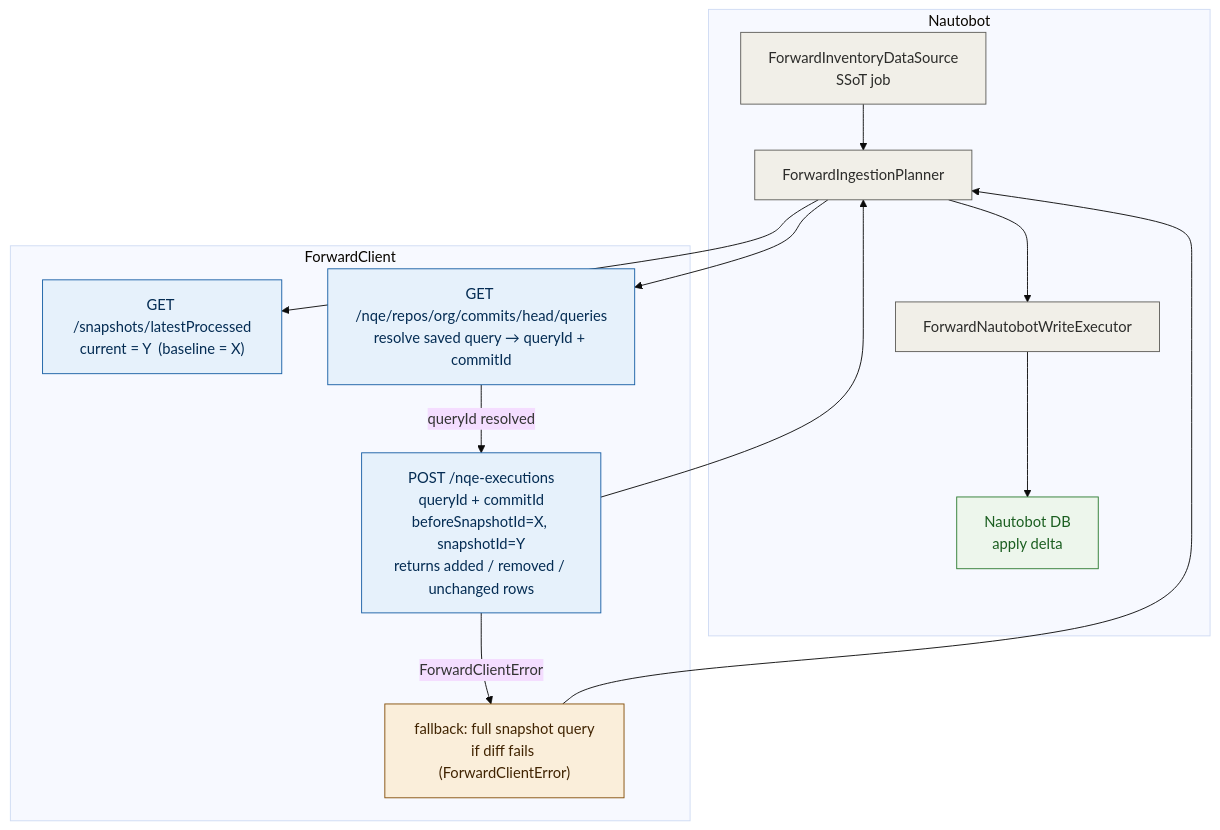
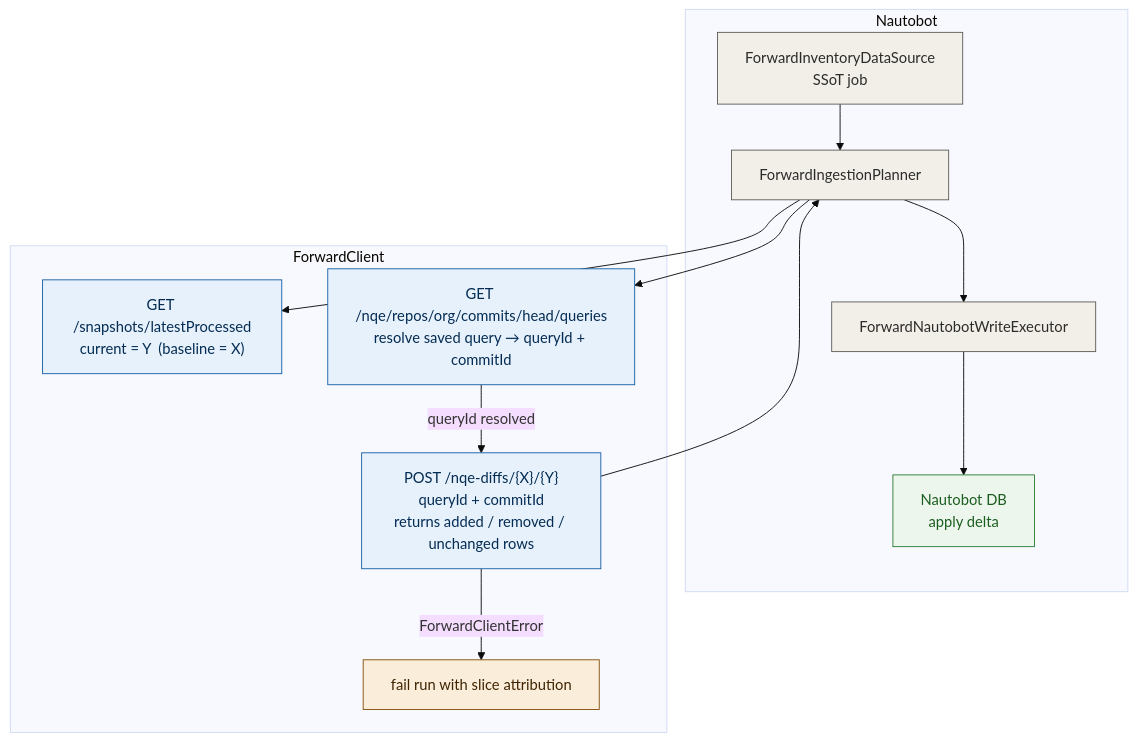
One commit to forwardnetworks/nautobot-app-ssot-forward changed the third of 5 diagrams in docs/architecture-flow.md. Above: the diagram before and after it, drawn with Mermaid (base theme). The commit also changed other lines of this file and 15 other files, not shown here.

````diff
--- a/docs/architecture-flow.md
+++ b/docs/architecture-flow.md
@@ -120,36 +121,35 @@
 ```mermaid
 flowchart TB
     subgraph nautobot["Nautobot"]
         job["ForwardInventoryDataSource\nSSoT job"]
         planner["ForwardIngestionPlanner"]
         executor["ForwardNautobotWriteExecutor"]
         db["Nautobot DB\napply delta"]
     end
 
     subgraph client["ForwardClient"]
         resolve_snap["GET /snapshots/latestProcessed\ncurrent = Y  (baseline = X)"]
         prewarm["GET /nqe/repos/org/commits/head/queries\nresolve saved query → queryId + commitId"]
-        diff["POST /nqe-executions\nqueryId + commitId\nbeforeSnapshotId=X, snapshotId=Y\nreturns added / removed / unchanged rows"]
-        fallback["fallback: full snapshot query\nif diff fails (ForwardClientError)"]
+        diff["POST /nqe-diffs/{X}/{Y}\nqueryId + commitId\nreturns added / removed / unchanged rows"]
+        fail["fail run with slice attribution"]
     end
 
     job --> planner
     planner --> resolve_snap
     planner --> prewarm
     prewarm -- "queryId resolved" --> diff
-    diff -- "ForwardClientError" --> fallback
+    diff -- "ForwardClientError" --> fail
     diff --> planner
-    fallback --> planner
     planner --> executor
     executor --> db
 
     classDef neutral fill:#F1EFE8,stroke:#5F5E5A,color:#2C2C2A;
     classDef fwdnode fill:#E6F1FB,stroke:#185FA5,color:#042C53;
     classDef nbnode fill:#EDF6EC,stroke:#2E7D32,color:#1B5E20;
     classDef warn fill:#FAEEDA,stroke:#854F0B,color:#412402;
 
     class job,planner,executor neutral;
     class resolve_snap,prewarm,diff fwdnode;
     class db nbnode;
-    class fallback warn;
+    class fail warn;
 ```
````
